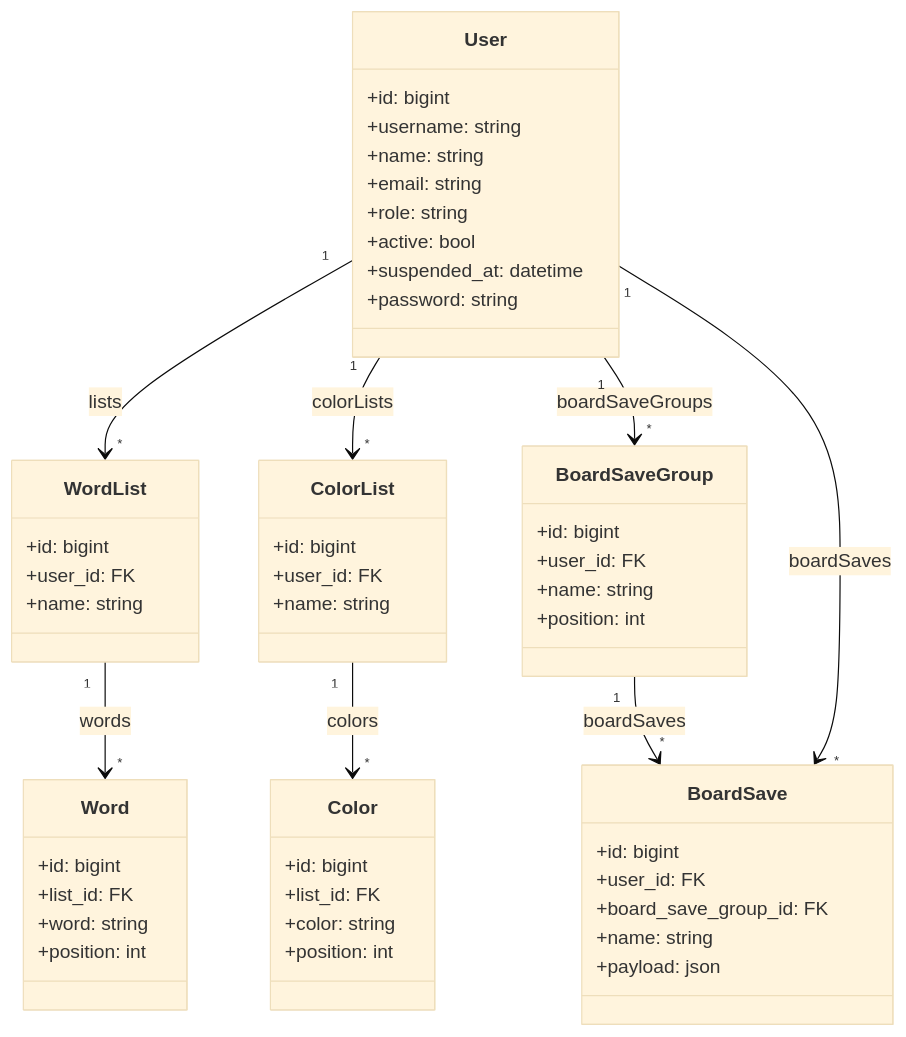
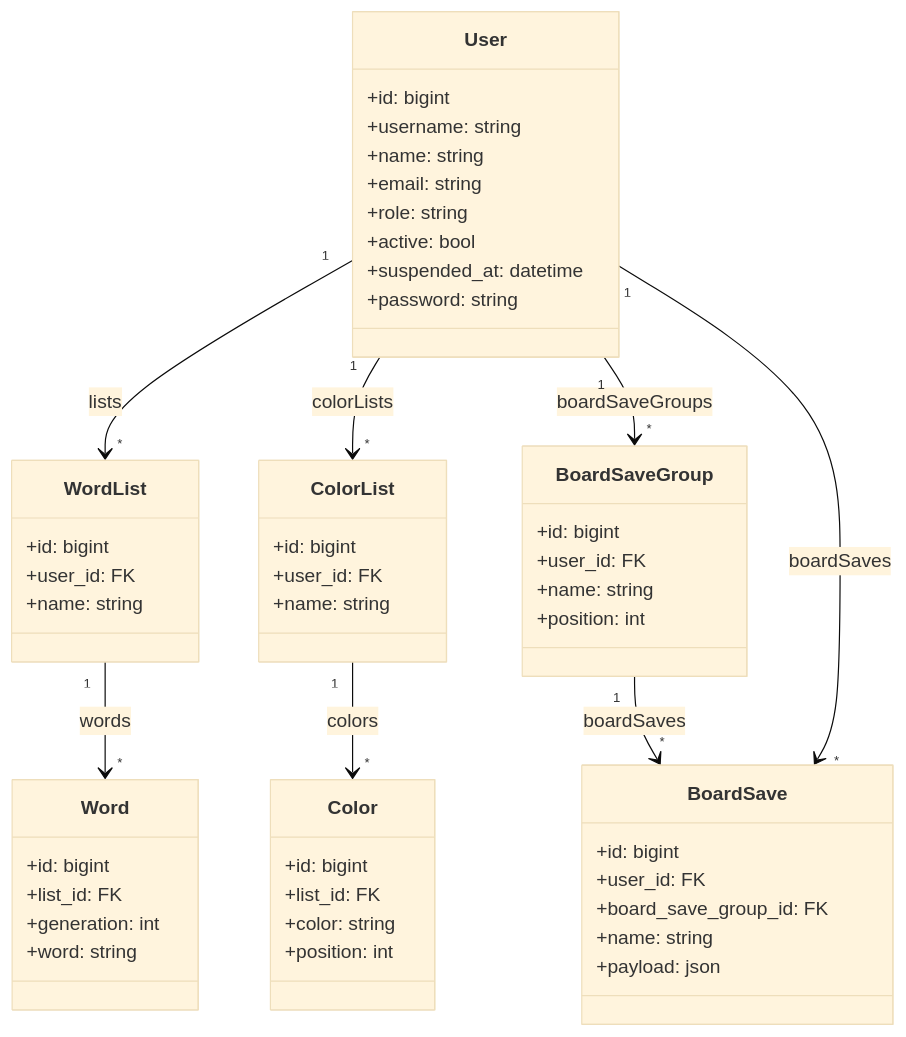
Before and after one commit to f4mqfm/cellauto_api: the first of 6 diagrams in docs/database-uml.md, drawn with Mermaid (base theme). The commit also changed other lines of this file and 26 other files, not shown here.

````diff
--- a/docs/database-uml.md
+++ b/docs/database-uml.md
@@ -13,66 +13,66 @@
 ```mermaid
 classDiagram
     direction TB
 
     class User {
         +id: bigint
         +username: string
         +name: string
         +email: string
         +role: string
         +active: bool
         +suspended_at: datetime
         +password: string
     }
 
     class WordList {
         +id: bigint
         +user_id: FK
         +name: string
     }
 
     class Word {
         +id: bigint
         +list_id: FK
+        +generation: int
         +word: string
-        +position: int
     }
 
     class ColorList {
         +id: bigint
         +user_id: FK
         +name: string
     }
 
     class Color {
         +id: bigint
         +list_id: FK
         +color: string
         +position: int
     }
 
     class BoardSaveGroup {
         +id: bigint
         +user_id: FK
         +name: string
         +position: int
     }
 
     class BoardSave {
         +id: bigint
         +user_id: FK
         +board_save_group_id: FK
         +name: string
         +payload: json
     }
 
     User "1" --> "*" WordList : lists
     WordList "1" --> "*" Word : words
 
     User "1" --> "*" ColorList : colorLists
     ColorList "1" --> "*" Color : colors
 
     User "1" --> "*" BoardSaveGroup : boardSaveGroups
     BoardSaveGroup "1" --> "*" BoardSave : boardSaves
     User "1" --> "*" BoardSave : boardSaves
 ```
````
